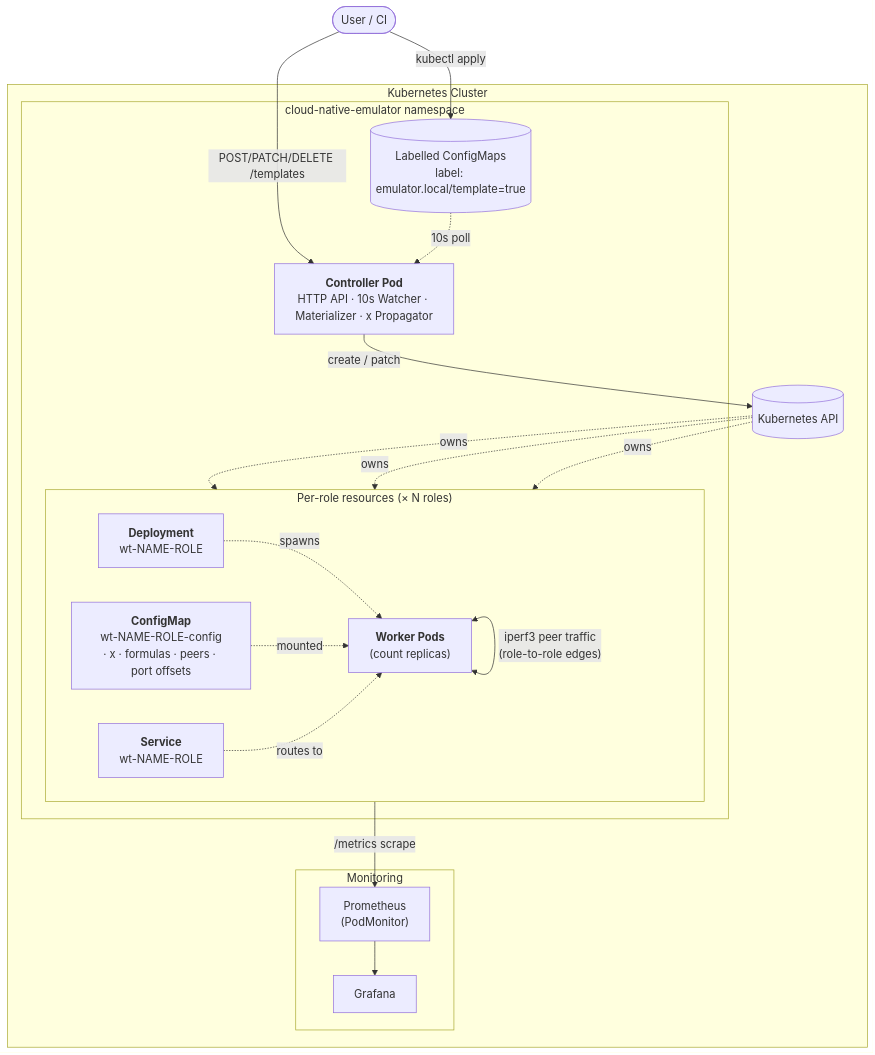
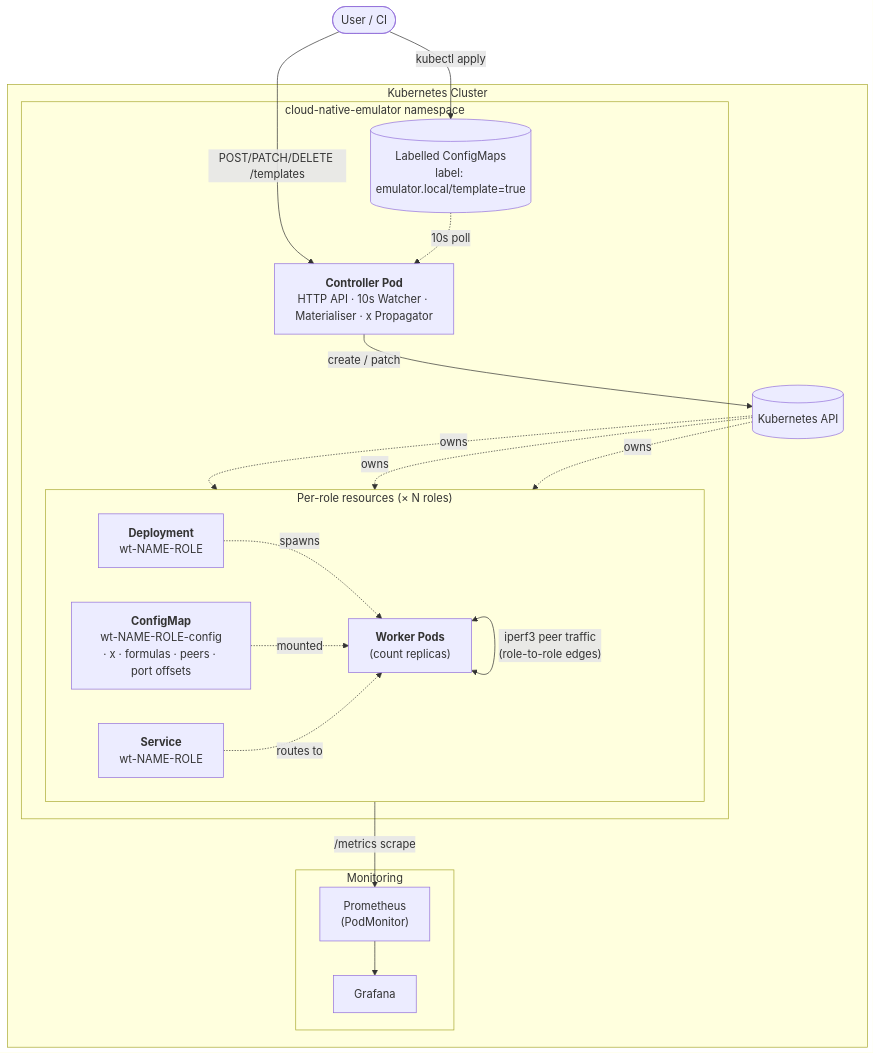
One commit to Jakub-Bojar/cloud-native-emulator changed the first of 6 diagrams in ARCHITECTURE.md. Above: the diagram before and after it, drawn with Mermaid. The commit also changed other lines of this file and 20 other files, not shown here.

Commit message:
Refactor materializer to materialiser; update documentation and comments for consistency; enhance CPU load slice configuration

````diff
--- a/ARCHITECTURE.md
+++ b/ARCHITECTURE.md
@@ -25,42 +25,42 @@
 ```mermaid
 flowchart TB
     User([User / CI])
 
     subgraph cluster["Kubernetes Cluster"]
         subgraph ns["cloud-native-emulator namespace"]
-            Controller["<b>Controller Pod</b><br/>HTTP API · 10s Watcher · Materializer · x Propagator"]
+            Controller["<b>Controller Pod</b><br/>HTTP API · 10s Watcher · Materialiser · x Propagator"]
 
             LCM[("Labelled ConfigMaps<br/>label: emulator.local/template=true")]
 
             subgraph roleRes["Per-role resources (× N roles)"]
                 direction LR
                 CM["<b>ConfigMap</b><br/>wt-NAME-ROLE-config<br/>· x · formulas · peers · port offsets"]
                 Deploy["<b>Deployment</b><br/>wt-NAME-ROLE"]
                 Svc["<b>Service</b><br/>wt-NAME-ROLE"]
                 Pods["<b>Worker Pods</b><br/>(count replicas)"]
             end
 
             Deploy -.->|spawns| Pods
             CM -.->|mounted| Pods
             Svc -.->|routes to| Pods
         end
 
         K8sAPI[("Kubernetes API")]
 
         subgraph mon["Monitoring"]
             Prom["Prometheus<br/>(PodMonitor)"]
             Graf["Grafana"]
         end
     end
 
     User -->|"POST/PATCH/DELETE /templates"| Controller
     User -->|"kubectl apply"| LCM
     LCM -.->|"10s poll"| Controller
     Controller -->|"create / patch"| K8sAPI
     K8sAPI -.->|owns| CM
     K8sAPI -.->|owns| Deploy
     K8sAPI -.->|owns| Svc
     Pods <-->|"iperf3 peer traffic<br/>(role-to-role edges)"| Pods
     Pods -->|"/metrics scrape"| Prom
     Prom --> Graf
 ```
````
